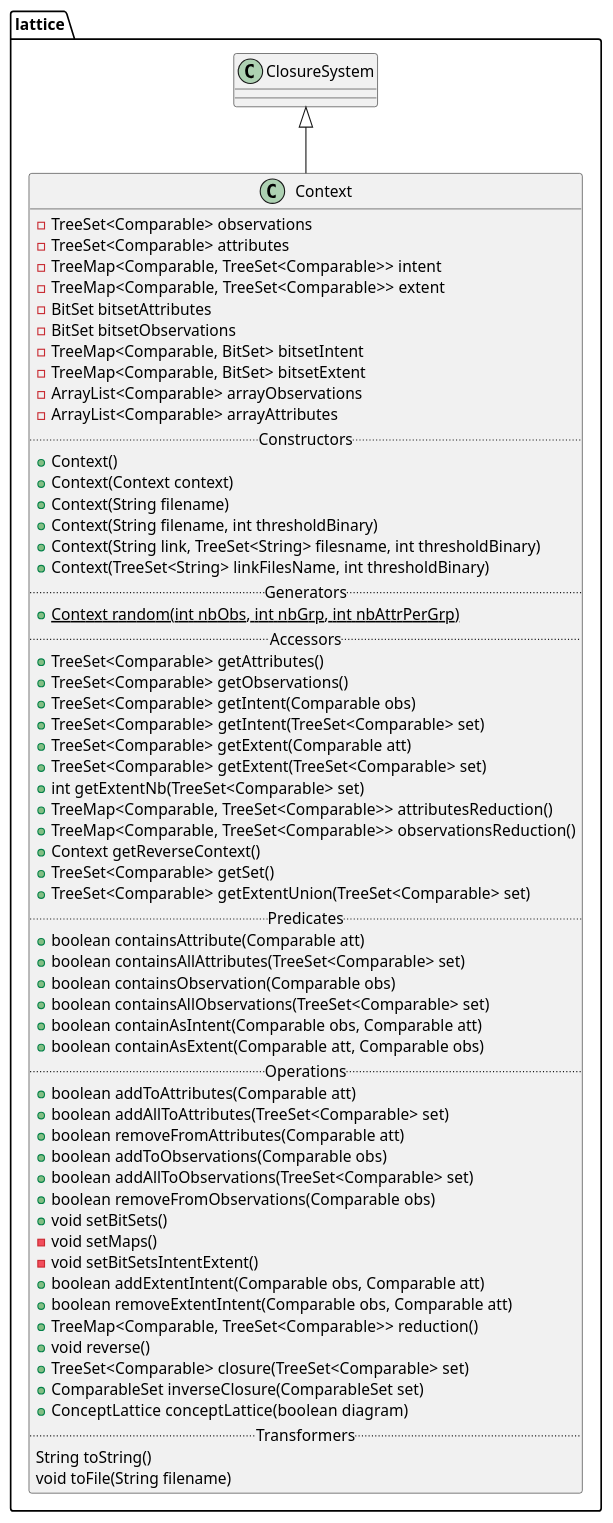
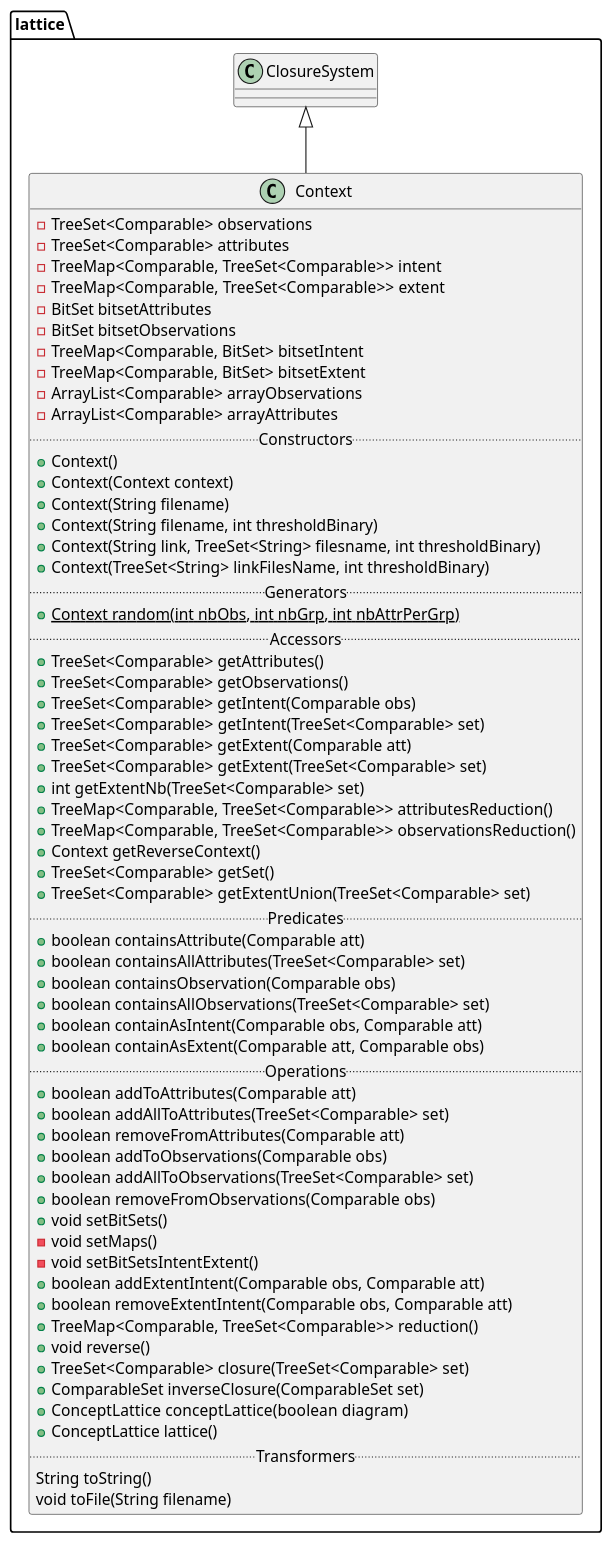
One commit to thegalactic/java-lattices changed the diagram in src/lattice/Context.iuml. Above: the diagram before and after it, drawn with PlantUML. The commit also changed 5 other files, not shown here.

```diff
--- a/src/lattice/Context.iuml
+++ b/src/lattice/Context.iuml
@@ -1,65 +1,66 @@
 package lattice {
     class Context {
         -TreeSet<Comparable> observations
         -TreeSet<Comparable> attributes
         -TreeMap<Comparable, TreeSet<Comparable>> intent
         -TreeMap<Comparable, TreeSet<Comparable>> extent
         -BitSet bitsetAttributes
         -BitSet bitsetObservations
         -TreeMap<Comparable, BitSet> bitsetIntent
         -TreeMap<Comparable, BitSet> bitsetExtent
         -ArrayList<Comparable> arrayObservations
         -ArrayList<Comparable> arrayAttributes
         .. Constructors ..
         +Context()
         +Context(Context context)
         +Context(String filename)
         +Context(String filename, int thresholdBinary)
         +Context(String link, TreeSet<String> filesname, int thresholdBinary)
         +Context(TreeSet<String> linkFilesName, int thresholdBinary)
         .. Generators ..
         {static}+Context random(int nbObs, int nbGrp, int nbAttrPerGrp)
         .. Accessors ..
         +TreeSet<Comparable> getAttributes()
         +TreeSet<Comparable> getObservations()
         +TreeSet<Comparable> getIntent(Comparable obs)
         +TreeSet<Comparable> getIntent(TreeSet<Comparable> set)
         +TreeSet<Comparable> getExtent(Comparable att)
         +TreeSet<Comparable> getExtent(TreeSet<Comparable> set)
         +int getExtentNb(TreeSet<Comparable> set)
         +TreeMap<Comparable, TreeSet<Comparable>> attributesReduction()
         +TreeMap<Comparable, TreeSet<Comparable>> observationsReduction()
         +Context getReverseContext()
         +TreeSet<Comparable> getSet()
         +TreeSet<Comparable> getExtentUnion(TreeSet<Comparable> set)
         .. Predicates ..
         +boolean containsAttribute(Comparable att)
         +boolean containsAllAttributes(TreeSet<Comparable> set)
         +boolean containsObservation(Comparable obs)
         +boolean containsAllObservations(TreeSet<Comparable> set)
         +boolean containAsIntent(Comparable obs, Comparable att)
         +boolean containAsExtent(Comparable att, Comparable obs)
         .. Operations ..
         +boolean addToAttributes(Comparable att)
         +boolean addAllToAttributes(TreeSet<Comparable> set)
         +boolean removeFromAttributes(Comparable att)
         +boolean addToObservations(Comparable obs)
         +boolean addAllToObservations(TreeSet<Comparable> set)
         +boolean removeFromObservations(Comparable obs)
         +void setBitSets()
         -void setMaps()
         -void setBitSetsIntentExtent()
         +boolean addExtentIntent(Comparable obs, Comparable att)
         +boolean removeExtentIntent(Comparable obs, Comparable att)
         +TreeMap<Comparable, TreeSet<Comparable>> reduction()
         +void reverse()
         +TreeSet<Comparable> closure(TreeSet<Comparable> set)
         +ComparableSet inverseClosure(ComparableSet set)
         +ConceptLattice conceptLattice(boolean  diagram)
+        +ConceptLattice lattice()
         .. Transformers ..
         String toString()
         void toFile(String filename)
     }
 
     ClosureSystem <|-- Context
 }
```
